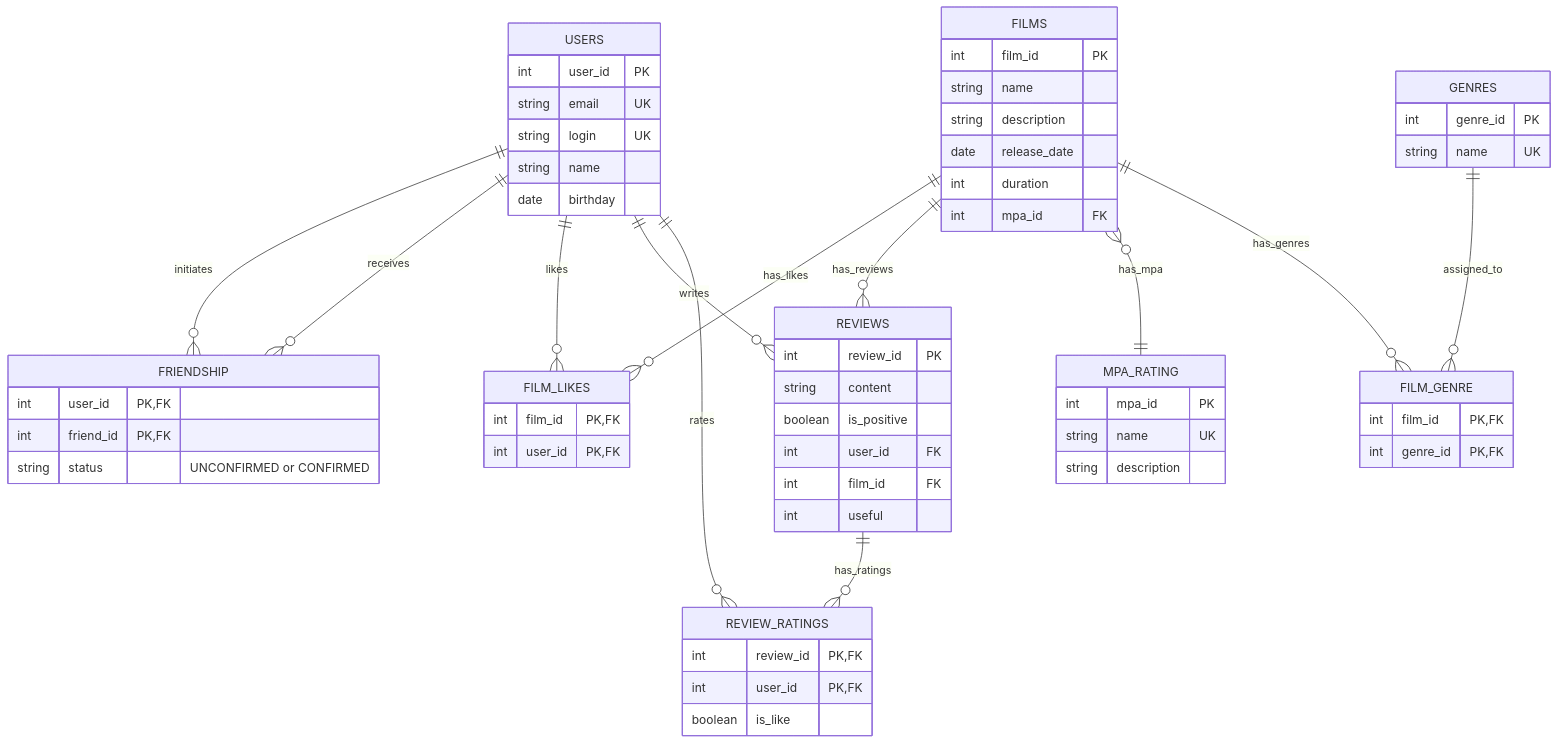
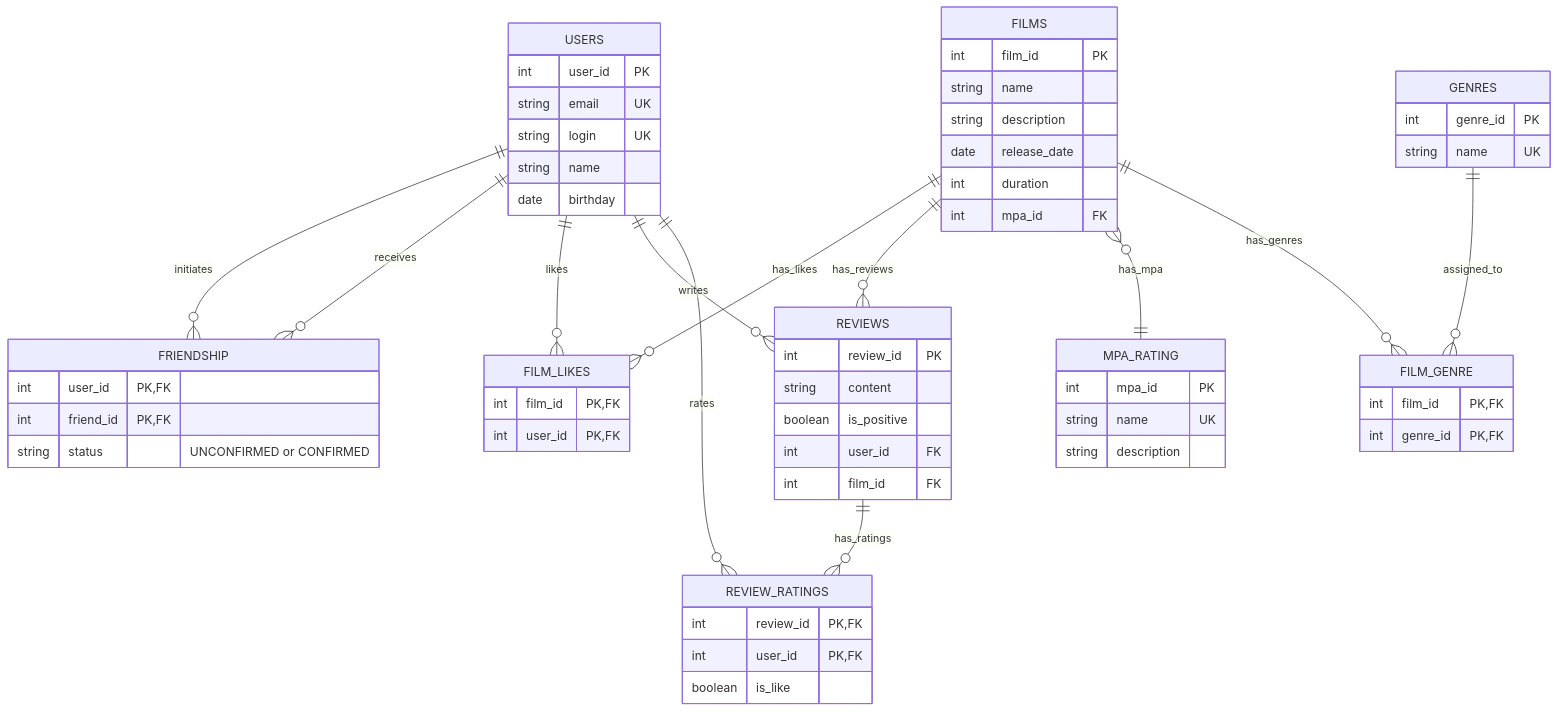
Before and after one commit to Kirill2511/Filmorate: the diagram in README.md, drawn with Mermaid. The commit also changed other lines of this file and 3 other files, not shown here.

````diff
--- a/README.md
+++ b/README.md
@@ -7,73 +7,72 @@
 ```mermaid
 erDiagram
     USERS ||--o{ FRIENDSHIP : "initiates"
     USERS ||--o{ FRIENDSHIP : "receives"
     USERS ||--o{ FILM_LIKES : "likes"
     USERS ||--o{ REVIEWS : "writes"
     USERS ||--o{ REVIEW_RATINGS : "rates"
     FILMS ||--o{ FILM_LIKES : "has_likes"
     FILMS ||--o{ REVIEWS : "has_reviews"
     FILMS }o--|| MPA_RATING : "has_mpa"
     FILMS ||--o{ FILM_GENRE : "has_genres"
     GENRES ||--o{ FILM_GENRE : "assigned_to"
     REVIEWS ||--o{ REVIEW_RATINGS : "has_ratings"
 
     USERS {
         int user_id PK
         string email UK
         string login UK
         string name
         date birthday
     }
 
     FRIENDSHIP {
         int user_id PK,FK
         int friend_id PK,FK
         string status "UNCONFIRMED or CONFIRMED"
     }
 
     FILMS {
         int film_id PK
         string name
         string description
         date release_date
         int duration
         int mpa_id FK
     }
 
     MPA_RATING {
         int mpa_id PK
         string name UK
         string description
     }
 
     GENRES {
         int genre_id PK
         string name UK
     }
 
     FILM_GENRE {
         int film_id PK,FK
         int genre_id PK,FK
     }
 
     FILM_LIKES {
         int film_id PK,FK
         int user_id PK,FK
     }
 
     REVIEWS {
         int review_id PK
         string content
         boolean is_positive
         int user_id FK
         int film_id FK
-        int useful
     }
 
     REVIEW_RATINGS {
         int review_id PK,FK
         int user_id PK,FK
         boolean is_like
     }
 ```
````
